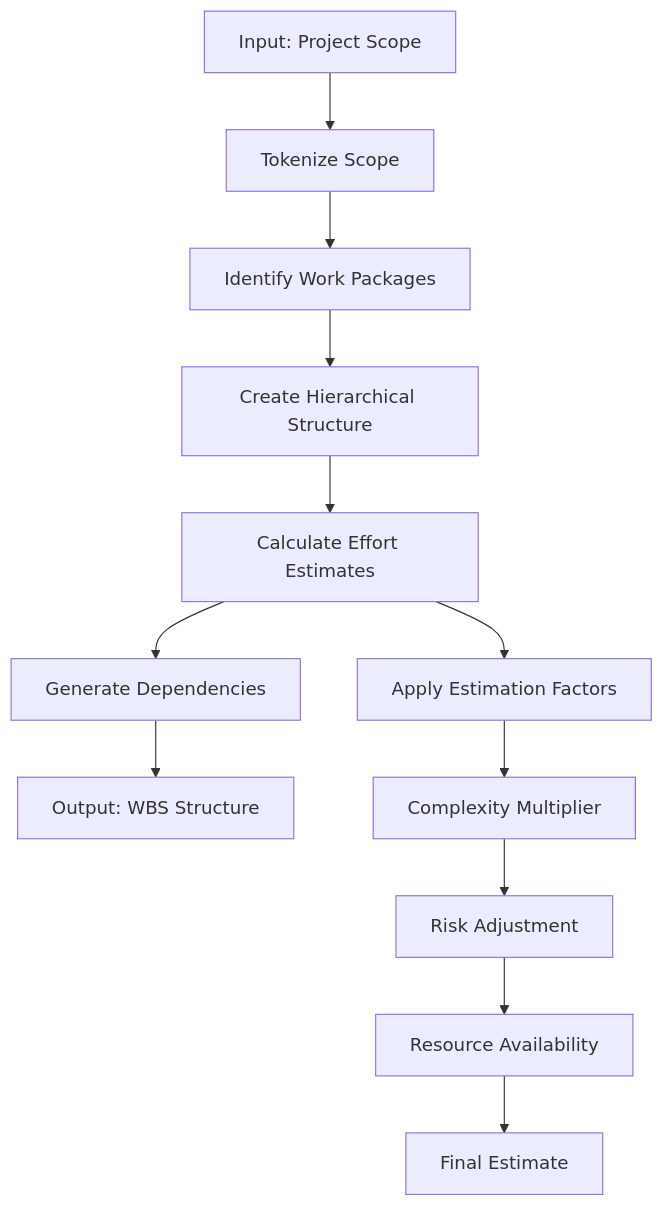
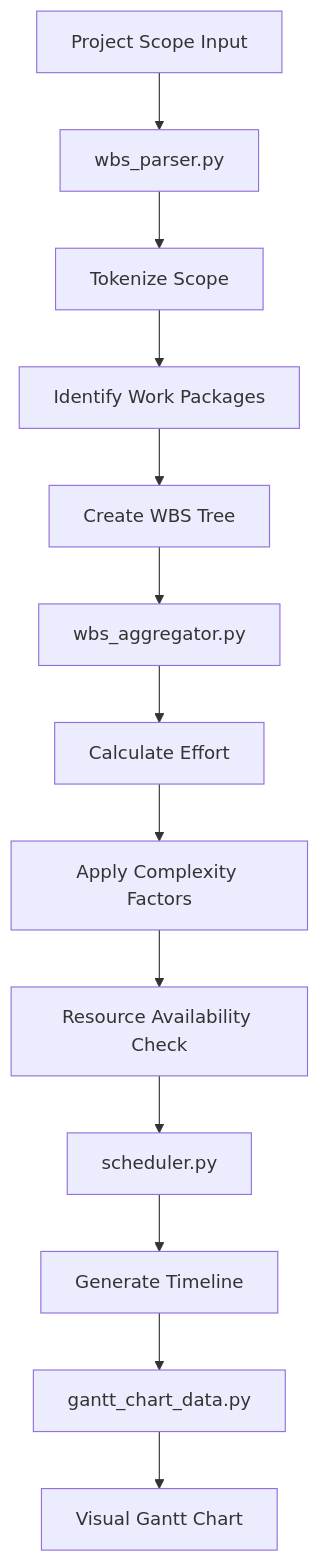
One commit to Shakour-Data/AutoProjectManagement changed the third of 17 diagrams in Docs/Appendices/Module_Detailed_Specifications.md. Above: the diagram before and after it, drawn with Mermaid. The commit also changed other lines of this file, not shown here.

````diff
--- a/Docs/Appendices/Module_Detailed_Specifications.md
+++ b/Docs/Appendices/Module_Detailed_Specifications.md
@@ -70,15 +70,15 @@
 ```mermaid
 flowchart TD
-    A[Input: Project Scope] --> B[Tokenize Scope]
-    B --> C[Identify Work Packages]
-    C --> D[Create Hierarchical Structure]
-    D --> E[Calculate Effort Estimates]
-    E --> F[Generate Dependencies]
-    F --> G[Output: WBS Structure]
-    
-    E --> H[Apply Estimation Factors]
-    H --> I[Complexity Multiplier]
-    I --> J[Risk Adjustment]
-    J --> K[Resource Availability]
-    K --> L[Final Estimate]
+    A[Project Scope Input] --> B[wbs_parser.py]
+    B --> C[Tokenize Scope]
+    C --> D[Identify Work Packages]
+    D --> E[Create WBS Tree]
+    E --> F[wbs_aggregator.py]
+    F --> G[Calculate Effort]
+    G --> H[Apply Complexity Factors]
+    H --> I[Resource Availability Check]
+    I --> J[scheduler.py]
+    J --> K[Generate Timeline]
+    K --> L[gantt_chart_data.py]
+    L --> M[Visual Gantt Chart]
 ```
````
